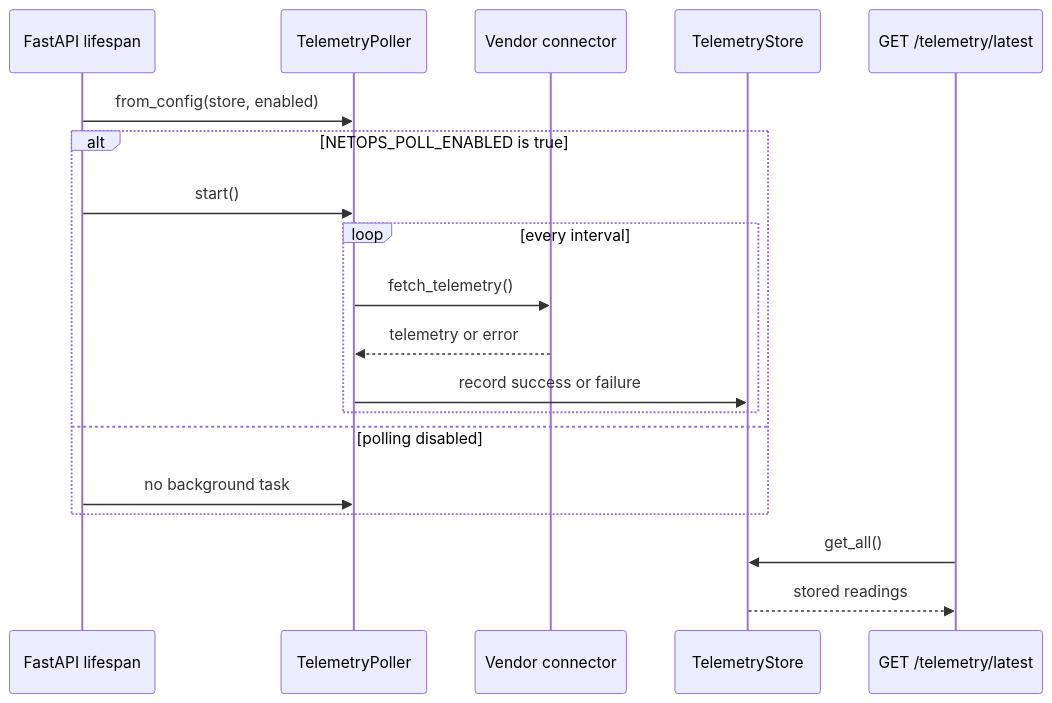
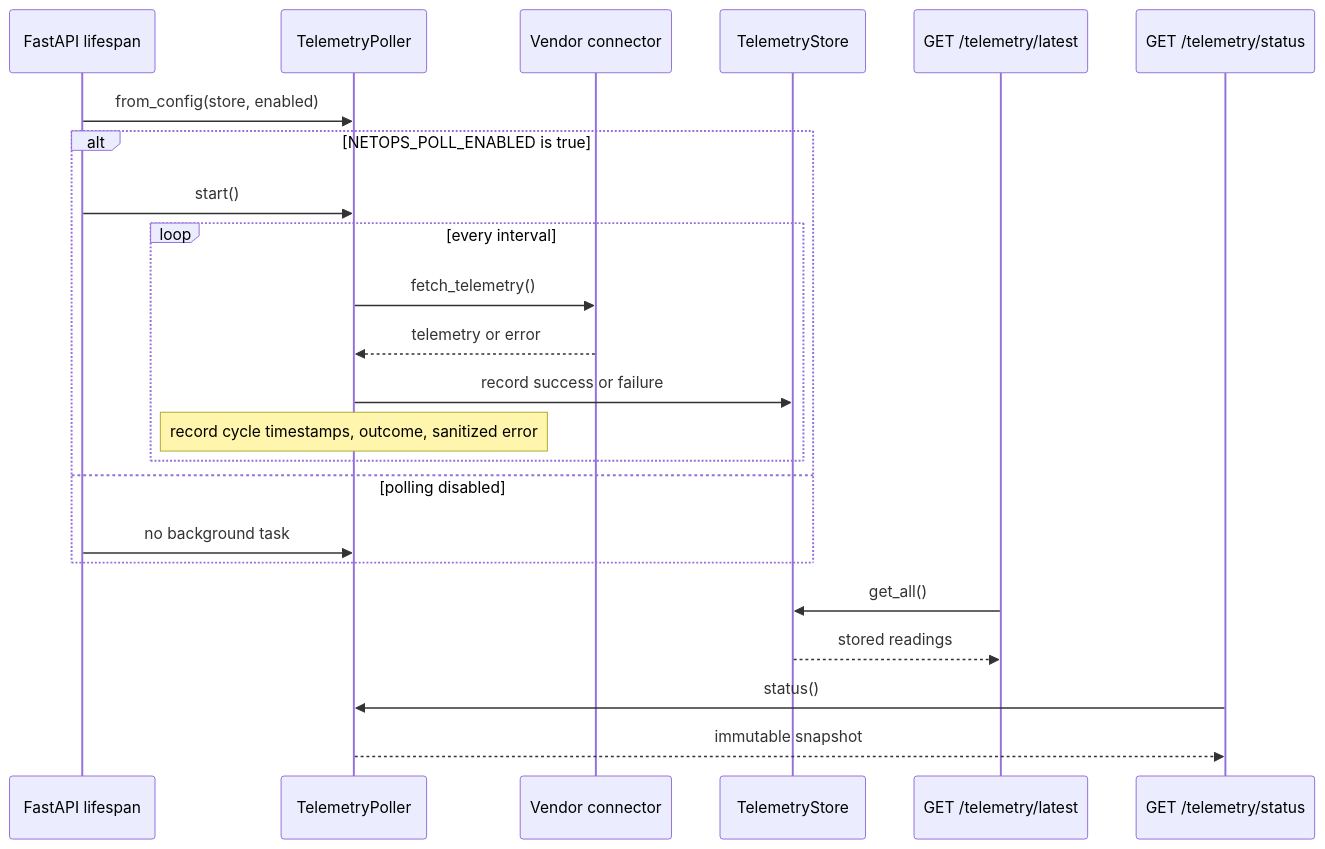
Before and after one commit to anirudh1937/agentic-netops-: the second of 2 diagrams in docs/architecture.md, drawn with Mermaid. The commit also changed other lines of this file and 5 other files, not shown here.

Commit message:
Add telemetry poller resilience and status endpoint

````diff
--- a/docs/architecture.md
+++ b/docs/architecture.md
@@ -61,23 +83,28 @@
 ```mermaid
 sequenceDiagram
     participant App as FastAPI lifespan
     participant Poller as TelemetryPoller
     participant Connector as Vendor connector
     participant Store as TelemetryStore
     participant API as GET /telemetry/latest
+    participant Status as GET /telemetry/status
 
     App->>Poller: from_config(store, enabled)
     alt NETOPS_POLL_ENABLED is true
         App->>Poller: start()
         loop every interval
             Poller->>Connector: fetch_telemetry()
             Connector-->>Poller: telemetry or error
             Poller->>Store: record success or failure
+            Note over Poller: record cycle timestamps, outcome, sanitized error
         end
     else polling disabled
         App->>Poller: no background task
     end
 
     API->>Store: get_all()
     Store-->>API: stored readings
+
+    Status->>Poller: status()
+    Poller-->>Status: immutable snapshot
 ```
````
